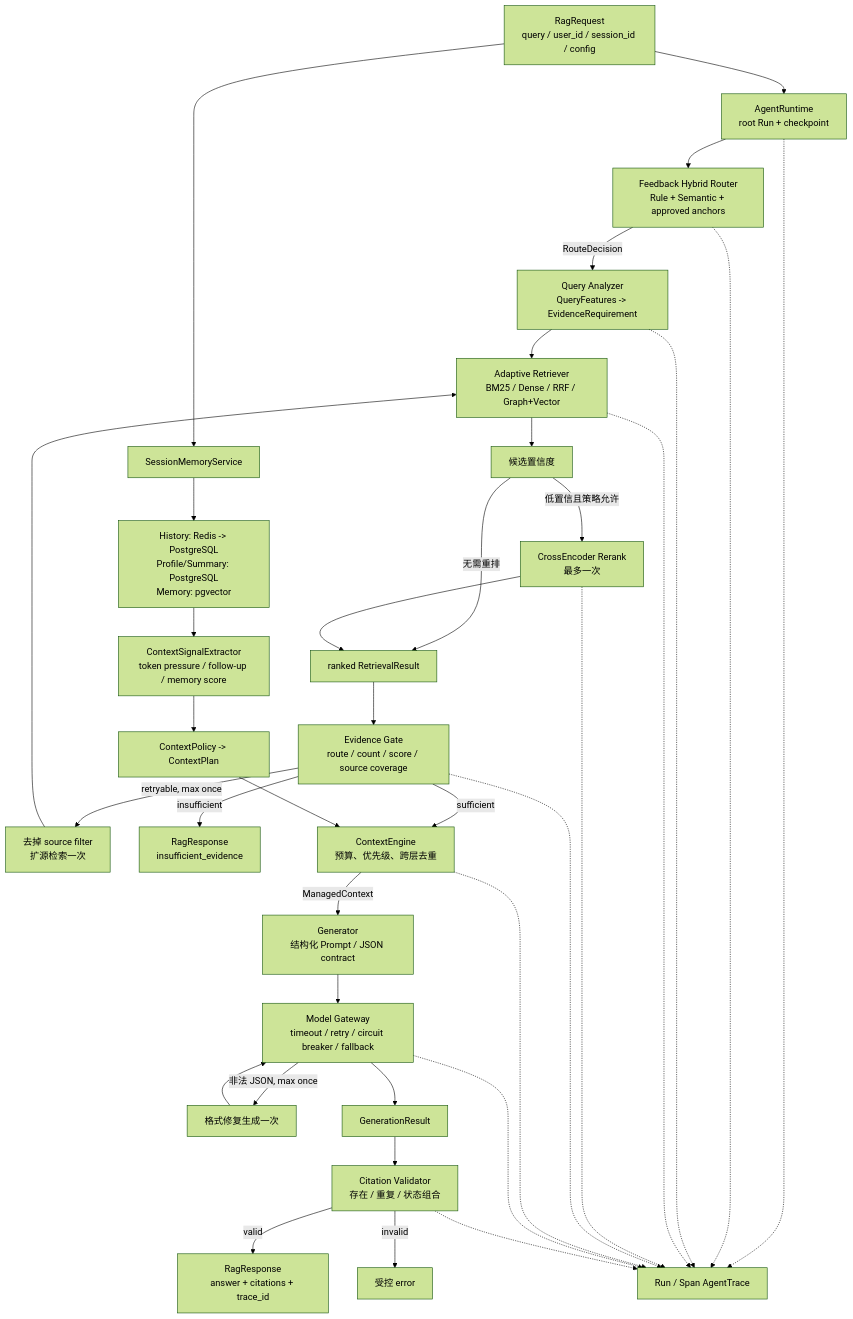
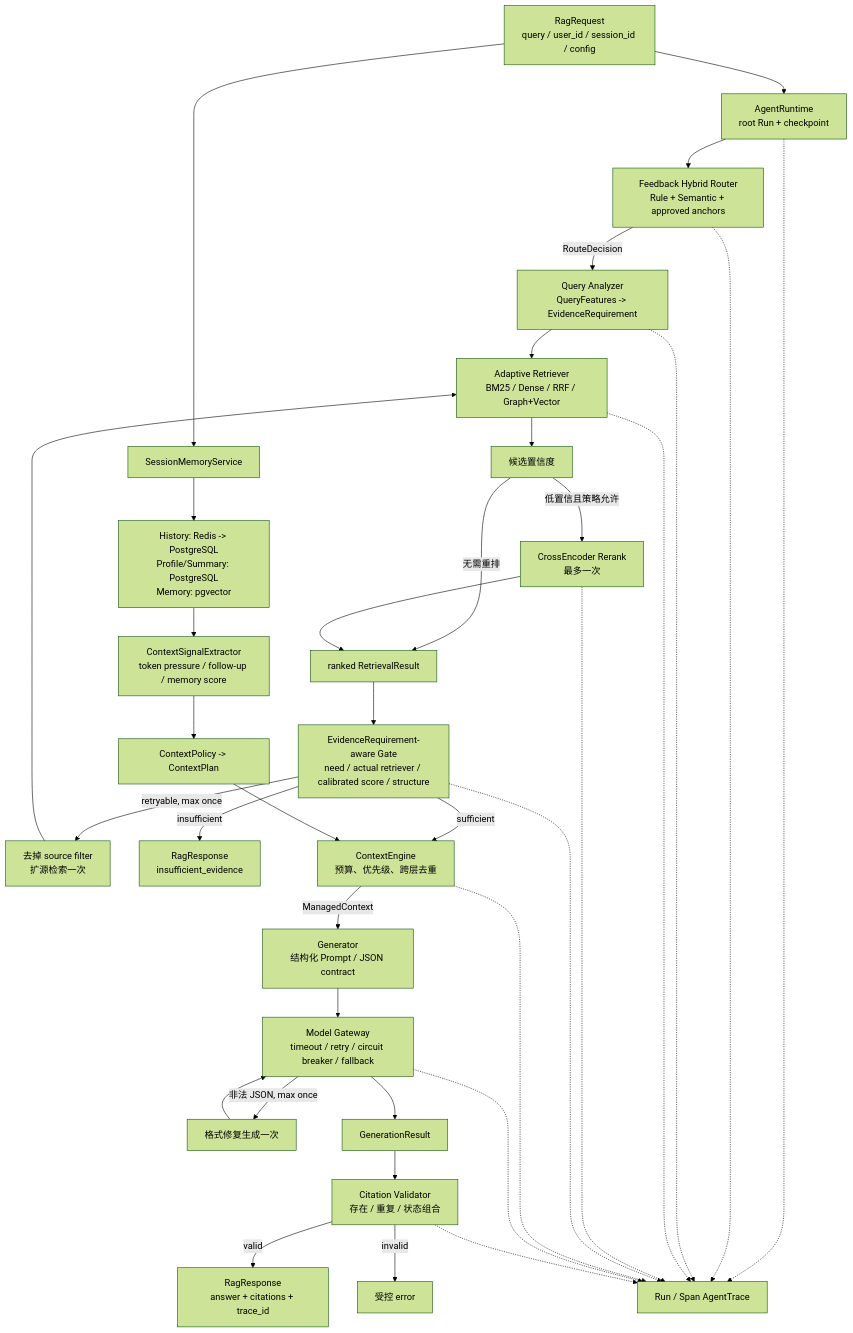
Before and after one commit to 1hao1hao/Agent_for_Job_Application: the second of 4 diagrams in docs/overview/architecture_diagram.md, drawn with Mermaid (forest theme). The commit also changed other lines of this file and 77 other files, not shown here.

````diff
--- a/docs/overview/architecture_diagram.md
+++ b/docs/overview/architecture_diagram.md
@@ -30,40 +30,40 @@
 ```mermaid
 flowchart TD
     REQ["RagRequest<br/>query / user_id / session_id / config"] --> RUNTIME["AgentRuntime<br/>root Run + checkpoint"]
     RUNTIME --> ROUTER["Feedback Hybrid Router<br/>Rule + Semantic + approved anchors"]
     ROUTER -->|RouteDecision| ANALYZER["Query Analyzer<br/>QueryFeatures -> EvidenceRequirement"]
     ANALYZER --> SELECT["Adaptive Retriever<br/>BM25 / Dense / RRF / Graph+Vector"]
     SELECT --> CONF["候选置信度"]
     CONF -->|低置信且策略允许| RERANK["CrossEncoder Rerank<br/>最多一次"]
     CONF -->|无需重排| RESULTS["ranked RetrievalResult"]
     RERANK --> RESULTS
-    RESULTS --> GATE["Evidence Gate<br/>route / count / score / source coverage"]
+    RESULTS --> GATE["EvidenceRequirement-aware Gate<br/>need / actual retriever / calibrated score / structure"]
     GATE -->|retryable, max once| BROADEN["去掉 source filter<br/>扩源检索一次"]
     BROADEN --> SELECT
     GATE -->|insufficient| ABSTAIN["RagResponse<br/>insufficient_evidence"]
 
     REQ --> MEMORY["SessionMemoryService"]
     MEMORY --> STORE["History: Redis -> PostgreSQL<br/>Profile/Summary: PostgreSQL<br/>Memory: pgvector"]
     STORE --> SIGNAL["ContextSignalExtractor<br/>token pressure / follow-up / memory score"]
     SIGNAL --> POLICY["ContextPolicy -> ContextPlan"]
     GATE -->|sufficient| ENGINE["ContextEngine<br/>预算、优先级、跨层去重"]
     POLICY --> ENGINE
     ENGINE -->|ManagedContext| GEN["Generator<br/>结构化 Prompt / JSON contract"]
     GEN --> GATEWAY["Model Gateway<br/>timeout / retry / circuit breaker / fallback"]
     GATEWAY -->|非法 JSON, max once| REPAIR["格式修复生成一次"]
     REPAIR --> GATEWAY
     GATEWAY --> PARSED["GenerationResult"]
     PARSED --> VALID["Citation Validator<br/>存在 / 重复 / 状态组合"]
     VALID -->|valid| RESP["RagResponse<br/>answer + citations + trace_id"]
     VALID -->|invalid| ERROR["受控 error"]
 
     RUNTIME -.-> TRACE["Run / Span AgentTrace"]
     ROUTER -.-> TRACE
     ANALYZER -.-> TRACE
     SELECT -.-> TRACE
     RERANK -.-> TRACE
     GATE -.-> TRACE
     ENGINE -.-> TRACE
     GATEWAY -.-> TRACE
     VALID -.-> TRACE
 ```
````
